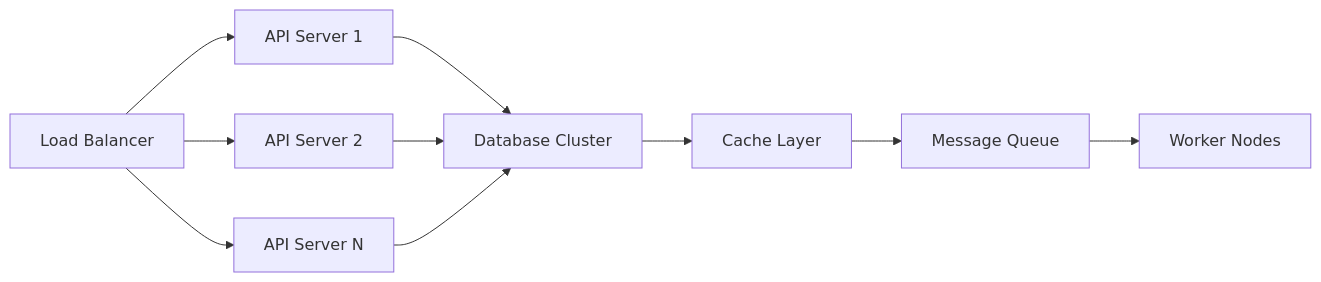
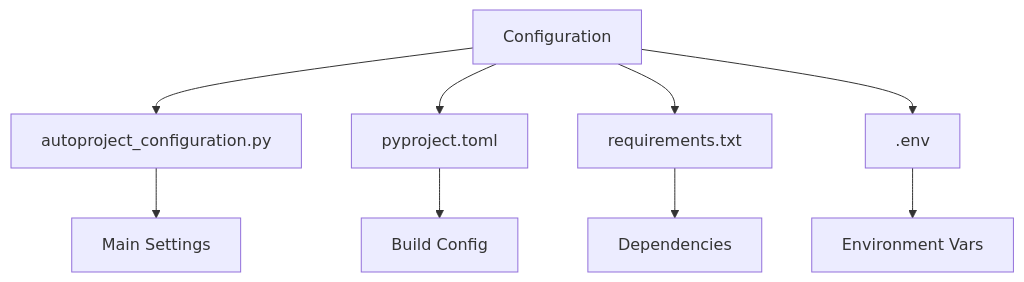
One commit to Shakour-Data/AutoProjectManagement changed diagram 14 of 17 in Docs/Appendices/Module_Detailed_Specifications.md. Above: the diagram before and after it, drawn with Mermaid. The commit also changed other lines of this file, not shown here.

````diff
--- a/Docs/Appendices/Module_Detailed_Specifications.md
+++ b/Docs/Appendices/Module_Detailed_Specifications.md
@@ -338,14 +339,12 @@
 ```mermaid
-graph LR
-    A[Load Balancer] --> B[API Server 1]
-    A --> C[API Server 2]
-    A --> D[API Server N]
+graph TD
+    A[Configuration] --> B[autoproject_configuration.py]
+    A --> C[pyproject.toml]
+    A --> D[requirements.txt]
+    A --> E[.env]
     
-    B --> E[Database Cluster]
-    C --> E
-    D --> E
-    
-    E --> F[Cache Layer]
-    F --> G[Message Queue]
-    G --> H[Worker Nodes]
+    B --> F[Main Settings]
+    C --> G[Build Config]
+    D --> H[Dependencies]
+    E --> I[Environment Vars]
 ```
````
